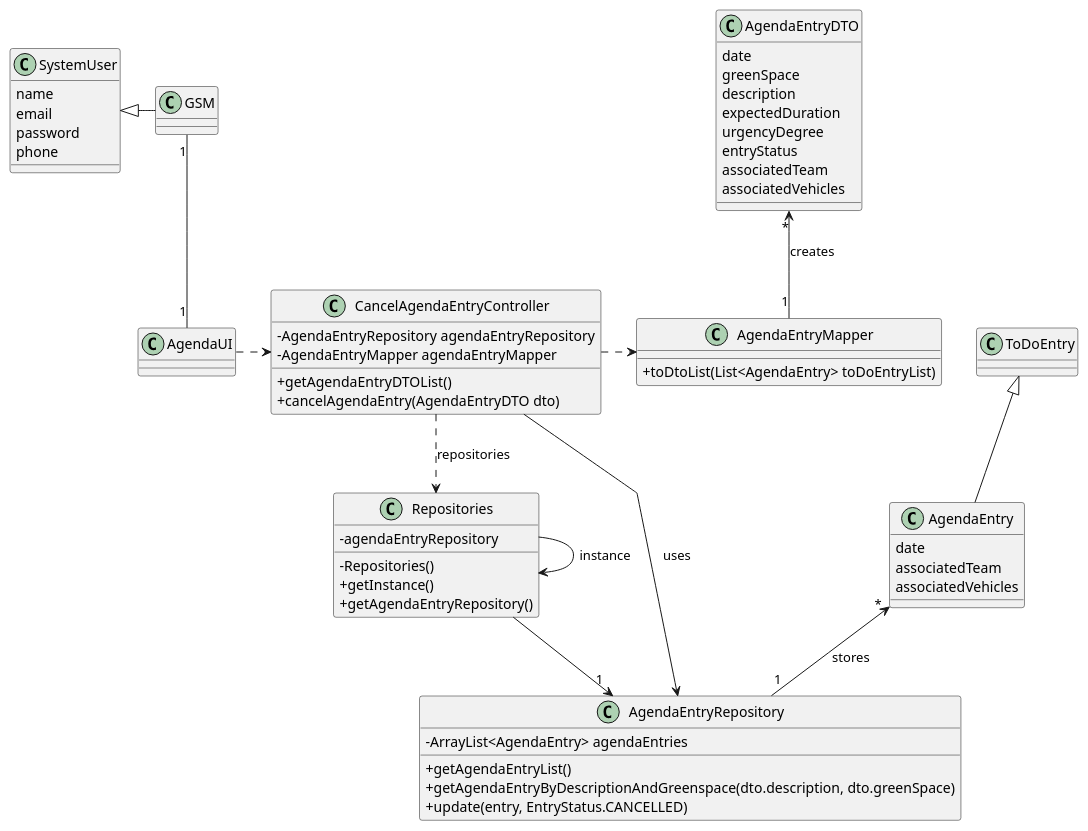
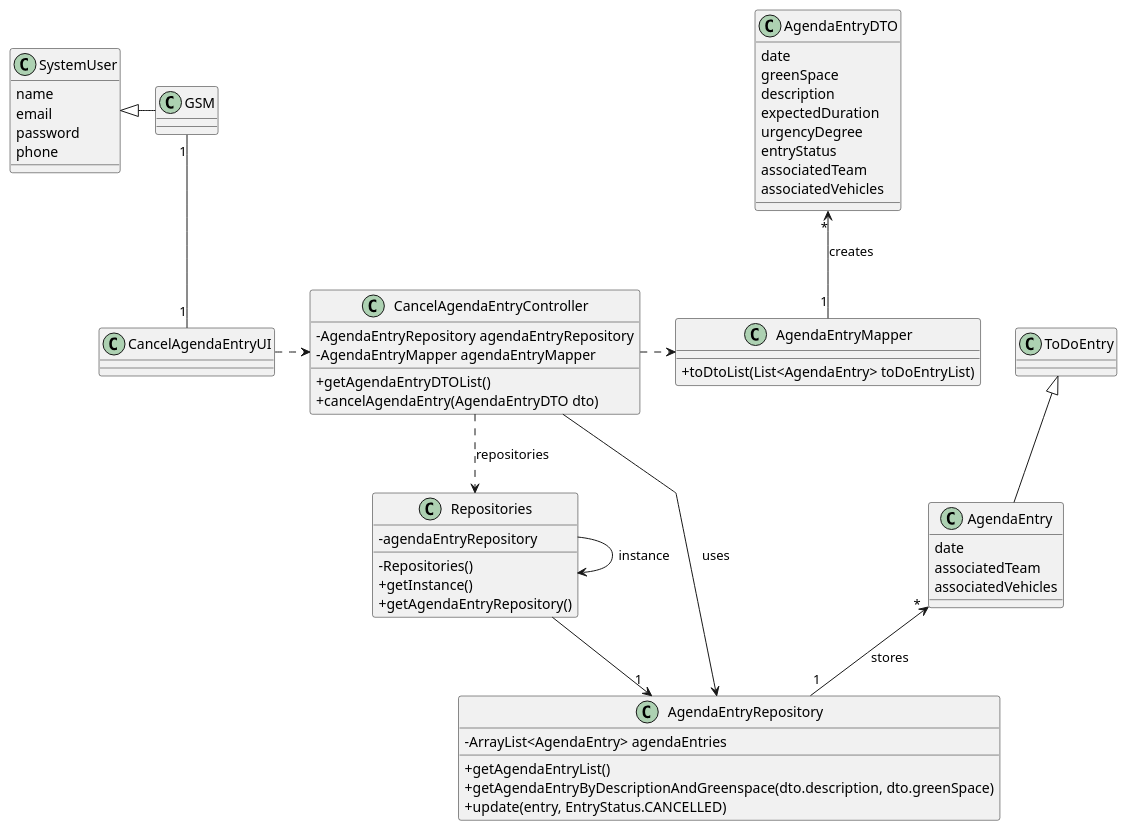
One commit to Departamento-de-Engenharia-Informatica/lei-24-s2-1do-g164 changed the diagram in docs/sprintC/us025/03.design/puml/us025-class-diagram.puml. Above: the diagram before and after it, drawn with PlantUML. The commit also changed 8 other files, not shown here.

```diff
--- a/docs/sprintC/us025/03.design/puml/us025-class-diagram.puml
+++ b/docs/sprintC/us025/03.design/puml/us025-class-diagram.puml
@@ -1,87 +1,87 @@
 @startuml
 skinparam classAttributeIconSize 0
 'skinparam monochrome true
 skinparam packageStyle rectangle
 skinparam shadowing false
 skinparam linetype polyline
 'skinparam linetype orto
 skinparam classAttributeIconSize 0
 
 class AgendaEntry {
     date
     associatedTeam
     associatedVehicles
 }
 
 class AgendaEntryDTO {
 
     date
     greenSpace
     description
     expectedDuration
     urgencyDegree
     entryStatus
     associatedTeam
     associatedVehicles
 
 }
 
 class SystemUser {
     name
     email
     password
     phone
 }
 
 
 class AgendaEntryRepository {
     - ArrayList<AgendaEntry> agendaEntries
 
     + getAgendaEntryList()
     +getAgendaEntryByDescriptionAndGreenspace(dto.description, dto.greenSpace)
     +update(entry, EntryStatus.CANCELLED)
 }
 
 class Repositories {
     - agendaEntryRepository
 
     - Repositories()
     + getInstance()
     + getAgendaEntryRepository()
 
 }
 
 class AgendaEntryMapper {
     + toDtoList(List<AgendaEntry> toDoEntryList)
 
 }
 
 
 class CancelAgendaEntryController {
     - AgendaEntryRepository agendaEntryRepository
     - AgendaEntryMapper agendaEntryMapper
 
     + getAgendaEntryDTOList()
     +cancelAgendaEntry(AgendaEntryDTO dto)
 }
 
-class AgendaUI {
+class CancelAgendaEntryUI {
 
 }
 
-AgendaUI .> CancelAgendaEntryController
+CancelAgendaEntryUI .> CancelAgendaEntryController
 CancelAgendaEntryController ..> Repositories : repositories
 Repositories --> "1" AgendaEntryRepository
 Repositories -> Repositories : instance
 CancelAgendaEntryController .> AgendaEntryMapper
 CancelAgendaEntryController --> AgendaEntryRepository : uses
 
 SystemUser <|- GSM
 ToDoEntry <|-- AgendaEntry
 
-GSM "1" -- "1" AgendaUI
+GSM "1" -- "1" CancelAgendaEntryUI
 AgendaEntry "*" <-- "1" AgendaEntryRepository : stores
 AgendaEntryDTO "*" <-- "1" AgendaEntryMapper : creates
 
 
 @enduml
```
